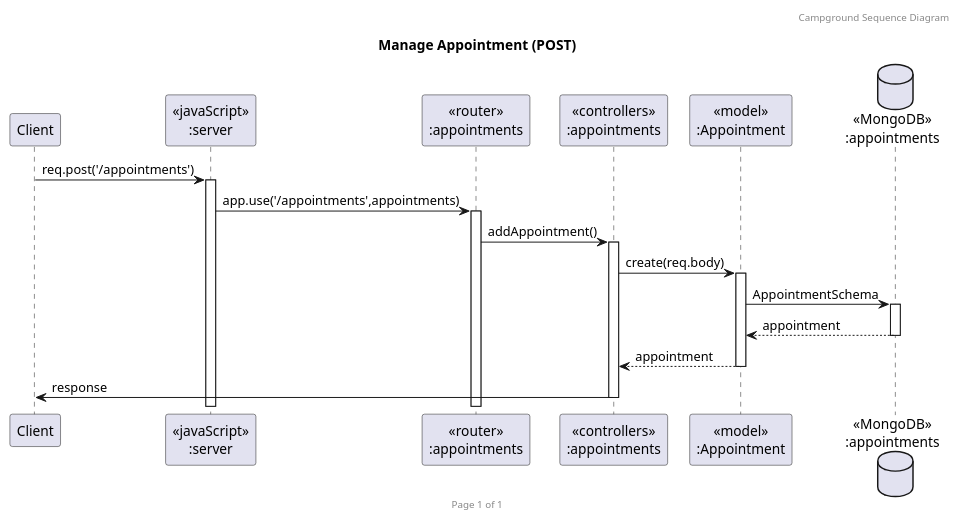
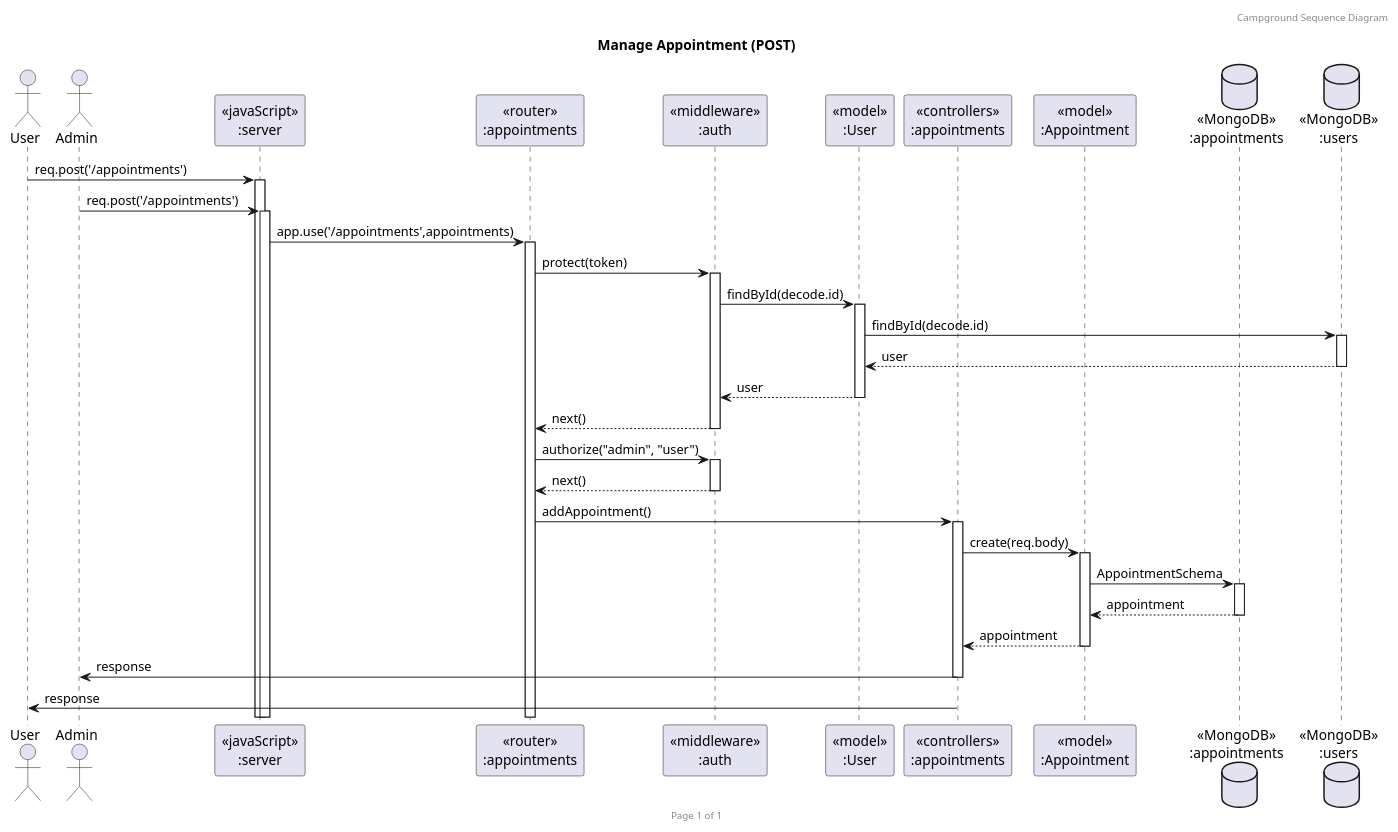
One commit to FaiiFaiipuipui/CEDT_Y1T2_backend-campgroundbooking changed the diagram in diagram/Sequence diagram/Appointment/Appointment_POST.puml. Above: the diagram before and after it, drawn with PlantUML. The commit also changed 4 other files, not shown here.

Commit message:
Update Appointment Sequence Diagram

```diff
--- a/diagram/Sequence diagram/Appointment/Appointment_POST.puml
+++ b/diagram/Sequence diagram/Appointment/Appointment_POST.puml
@@ -1,23 +1,37 @@
 @startuml Manage Appointment (POST)
 
 header Campground Sequence Diagram
 footer Page %page% of %lastpage%
 title "Manage Appointment (POST)"
 
-participant "Client" as client
+actor "User" as user
+actor "Admin" as admin
 participant "<<javaScript>>\n:server" as server
 participant "<<router>>\n:appointments" as routerAppointments
+participant "<<middleware>>\n:auth" as middlewareAuth
+participant "<<model>>\n:User" as modelUser
 participant "<<controllers>>\n:appointments" as controllersAppointments
 participant "<<model>>\n:Appointment" as modelAppointment
 database "<<MongoDB>>\n:appointments" as CampgroundsDatabase
+database "<<MongoDB>>\n:users" as UsersDatabase
 
-client->server ++:req.post('/appointments')
+user->server ++:req.post('/appointments')
+admin->server ++:req.post('/appointments')
 server->routerAppointments ++:app.use('/appointments',appointments)
+routerAppointments -> middlewareAuth ++:protect(token)
+middlewareAuth -> modelUser ++:findById(decode.id)
+modelUser -> UsersDatabase ++:findById(decode.id)
+UsersDatabase --> modelUser --:user
+modelUser --> middlewareAuth --:user
+middlewareAuth --> routerAppointments --:next()
+routerAppointments -> middlewareAuth ++:authorize("admin", "user")
+middlewareAuth --> routerAppointments --:next()
 routerAppointments -> controllersAppointments ++:addAppointment()
 controllersAppointments->modelAppointment ++:create(req.body)
 modelAppointment ->CampgroundsDatabase ++:AppointmentSchema
 CampgroundsDatabase --> modelAppointment --:appointment
 controllersAppointments <-- modelAppointment --:appointment
-controllersAppointments->client --:response
+controllersAppointments->admin --:response
+controllersAppointments->user --:response
 
 @enduml
```
